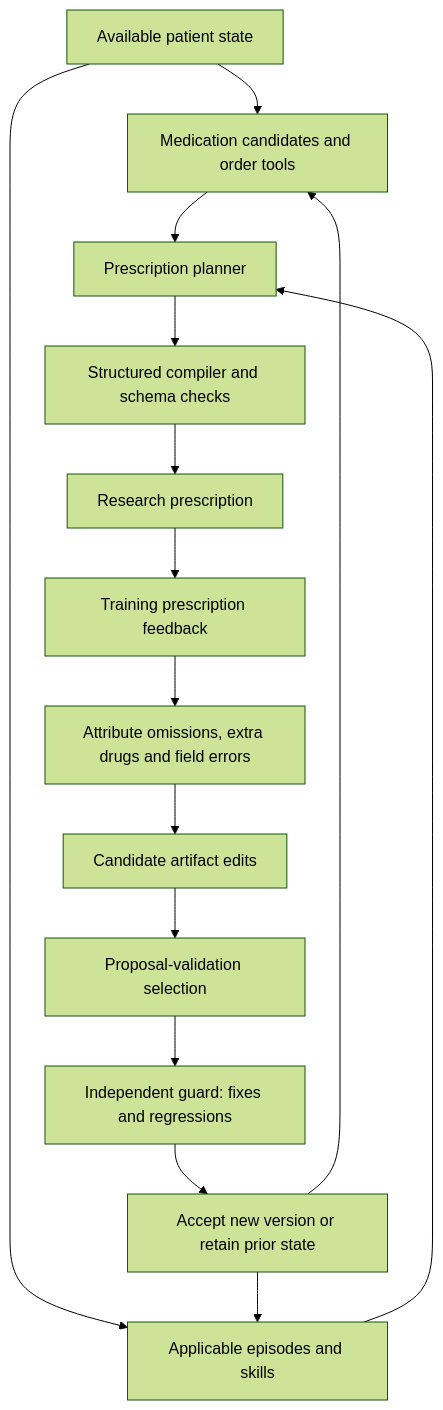
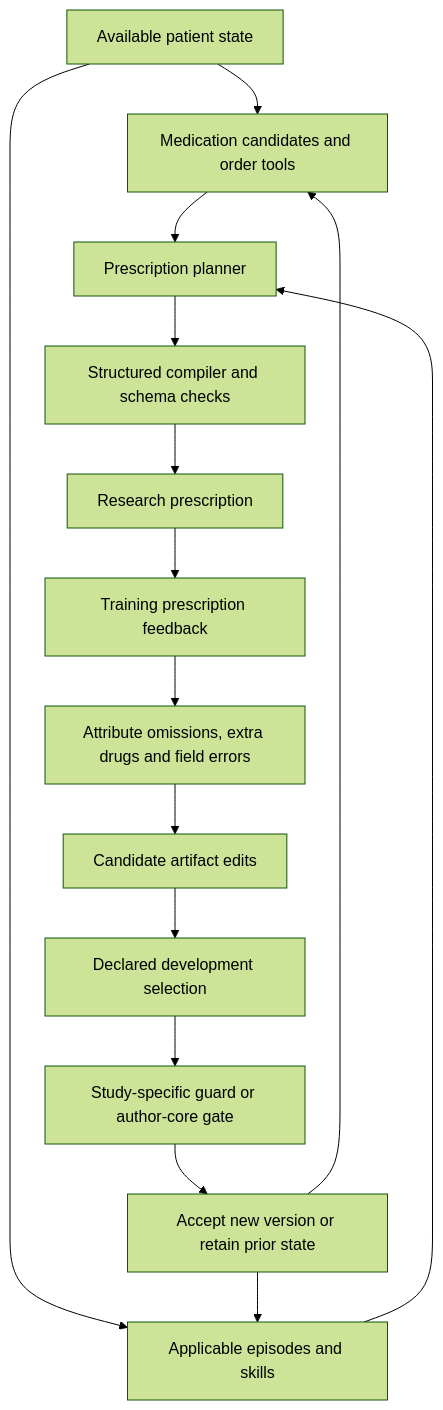
The first of 2 diagrams in paper/RXRSI_DESIGN.en.md (ZaneLing/PRISMATIC), drawn with Mermaid (forest theme) before and after one commit. The commit also changed other lines of this file and 59 other files, not shown here.

````diff
--- a/paper/RXRSI_DESIGN.en.md
+++ b/paper/RXRSI_DESIGN.en.md
@@ -7,17 +7,17 @@
 ```mermaid
 flowchart TD
     A[Available patient state] --> B[Medication candidates and order tools]
     A --> C[Applicable episodes and skills]
     B --> D[Prescription planner]
     C --> D
     D --> E[Structured compiler and schema checks]
     E --> F[Research prescription]
     F --> G[Training prescription feedback]
     G --> H[Attribute omissions, extra drugs and field errors]
     H --> I[Candidate artifact edits]
-    I --> J[Proposal-validation selection]
-    J --> K[Independent guard: fixes and regressions]
+    I --> J[Declared development selection]
+    J --> K[Study-specific guard or author-core gate]
     K --> L[Accept new version or retain prior state]
     L --> B
     L --> C
 ```
````
